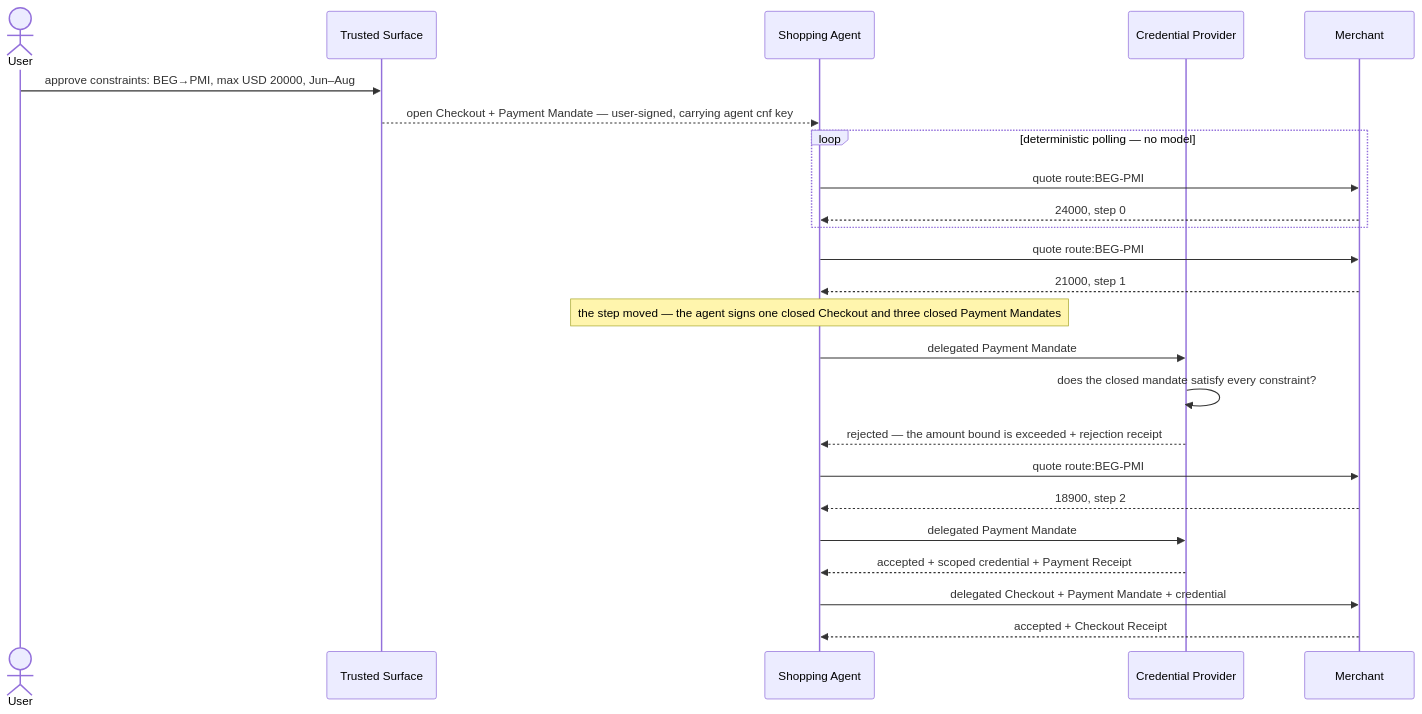
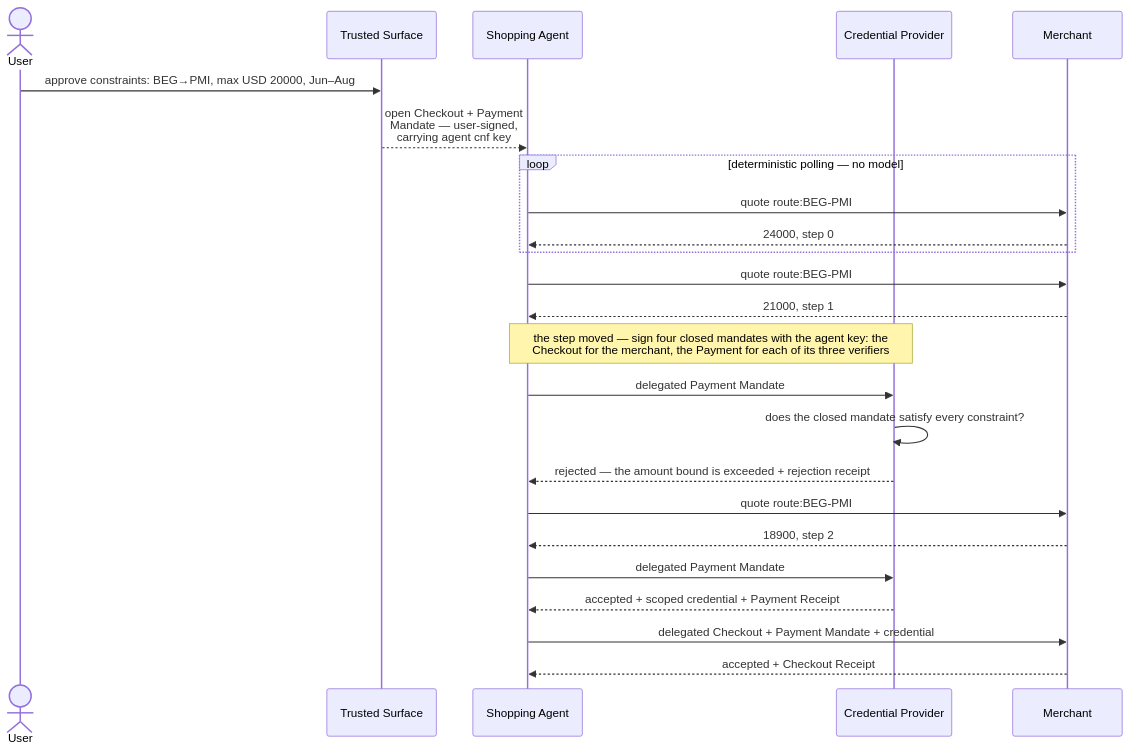
Before and after one commit to SkylinePlatform/agentic-payments: the third of 6 diagrams in docs/protocols/ap2.md, drawn with Mermaid. The commit also changed other lines of this file and 1 other file, not shown here.

Commit message:
docs(ap2): restore the enumeration the Note dropped, with :wrap:
Measured against GitHub's own renderer rather than reasoned about:
`:wrap:` on a sequence message, and on a Note spanned across two
participants, does wrap there. So the 148-character Note never needed
shortening — and it was not what widened the diagram anyway. The
surface-to-agent message was. Restoring the enumeration and wrapping that
message brings the Human Not Present sequence to 1587px against 1687 on
main, so the sequence conversion now costs no width in any renderer.

Records the rule in AGENTS.md beside the sentence that tells a contributor
to put a mermaid fence in a pull request body, which is the one surface
where only GitHub renders it. And rewrites a prose quote of a diagram line
that #134 had already removed.

Refs #263

````diff
--- a/docs/protocols/ap2.md
+++ b/docs/protocols/ap2.md
@@ -262,26 +262,26 @@
 ```mermaid
 sequenceDiagram
     actor U as User
     participant S as Trusted Surface
     participant A as Shopping Agent
     participant C as Credential Provider
     participant M as Merchant
     U->>S: approve constraints: BEG→PMI, max USD 20000, Jun–Aug
-    S-->>A: open Checkout + Payment Mandate — user-signed, carrying agent cnf key
+    S-->>A:wrap: open Checkout + Payment Mandate — user-signed, carrying agent cnf key
     loop deterministic polling — no model
         A->>M: quote route:BEG-PMI
         M-->>A: 24000, step 0
     end
     A->>M: quote route:BEG-PMI
     M-->>A: 21000, step 1
-    Note over A: the step moved — the agent signs one closed Checkout and three closed Payment Mandates
+    Note over A,C:wrap: the step moved — sign four closed mandates with the agent key: the Checkout for the merchant, the Payment for each of its three verifiers
     A->>C: delegated Payment Mandate
     C->>C: does the closed mandate satisfy every constraint?
     C-->>A: rejected — the amount bound is exceeded + rejection receipt
     A->>M: quote route:BEG-PMI
     M-->>A: 18900, step 2
     A->>C: delegated Payment Mandate
     C-->>A: accepted + scoped credential + Payment Receipt
     A->>M: delegated Checkout + Payment Mandate + credential
     M-->>A: accepted + Checkout Receipt
 ```
````
